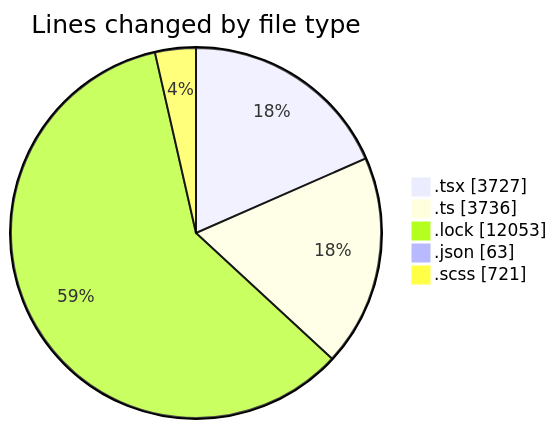
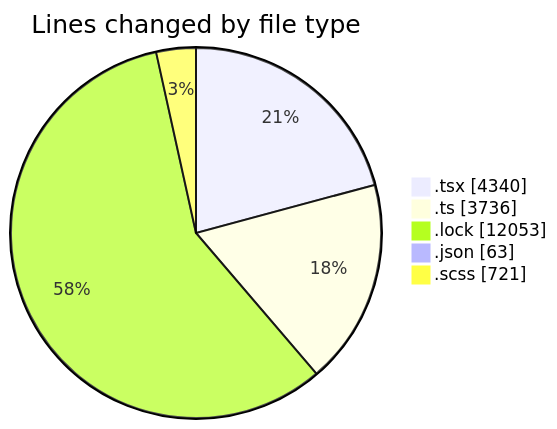
One commit to momahboobian/code-tracking changed the first of 2 diagrams in 2025-12-03/cda/README.md. Above: the diagram before and after it, drawn with Mermaid. The commit also changed other lines of this file and 1 other file, not shown here.

````diff
--- a/2025-12-03/cda/README.md
+++ b/2025-12-03/cda/README.md
@@ -32,9 +32,9 @@
 ```mermaid
 pie showData
 title Lines changed by file type
-".tsx" : 3727
+".tsx" : 4340
 ".ts" : 3736
 ".lock" : 12053
 ".json" : 63
 ".scss" : 721
 ```
````
